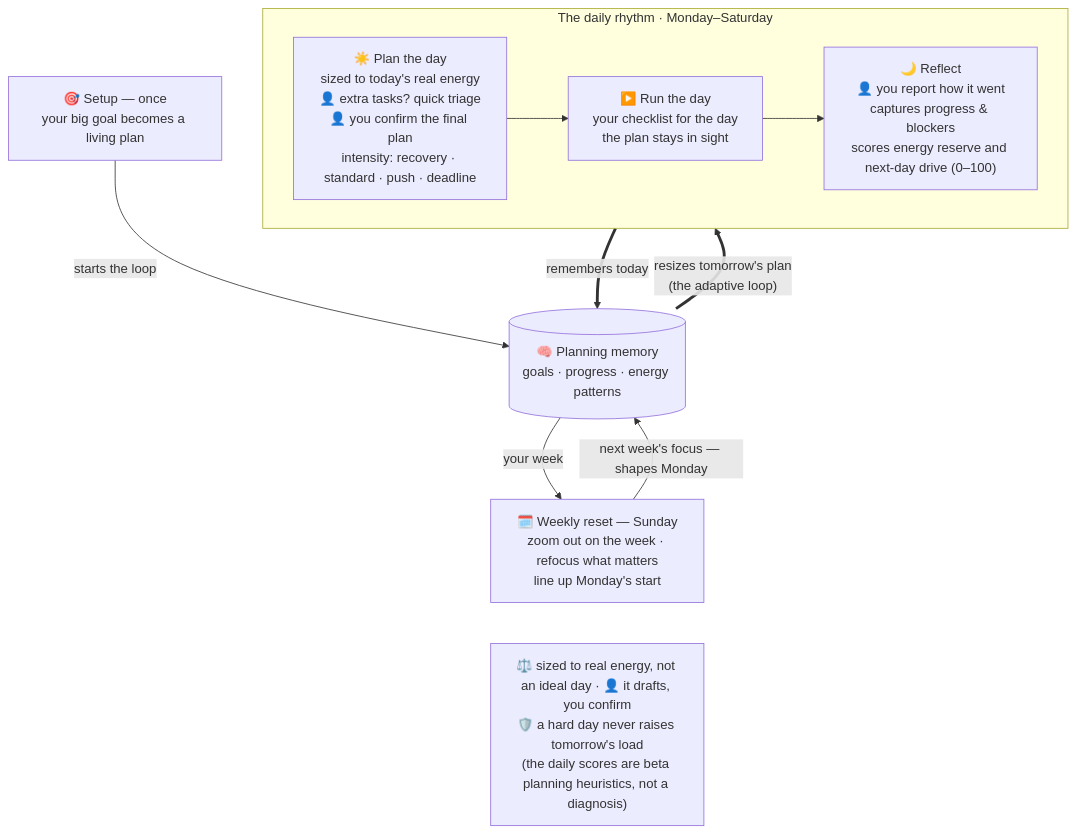
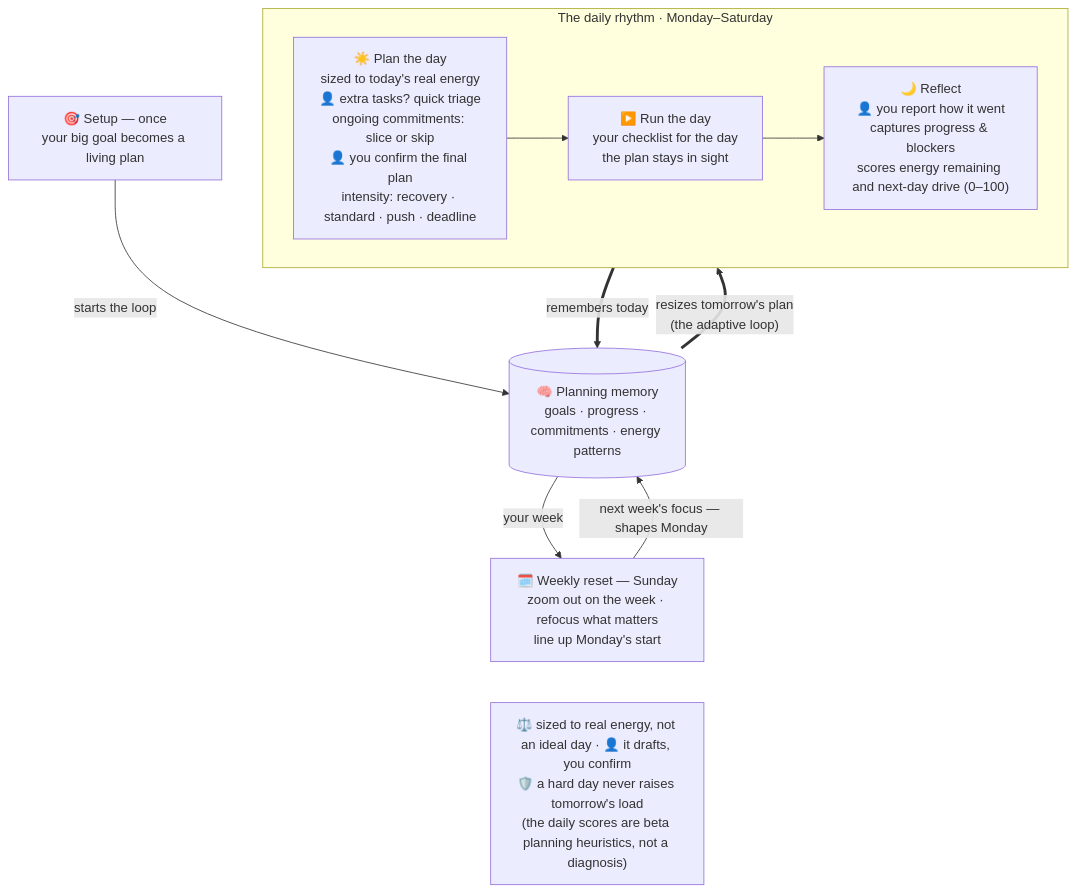
One commit to wkqian06/LifeEnergyManager changed the diagram in REFERENCE.md. Above: the diagram before and after it, drawn with Mermaid. The commit also changed other lines of this file and 18 other files, not shown here.

First line of the commit message:
Rename energy-reserve scoring vocabulary to energy-remaining

````diff
--- a/REFERENCE.md
+++ b/REFERENCE.md
@@ -10,23 +10,23 @@
 ```mermaid
 flowchart TB
     setup["🎯 Setup — once<br/>your big goal becomes a living plan"]
-    memory[("🧠 Planning memory<br/>goals · progress · energy patterns")]
+    memory[("🧠 Planning memory<br/>goals · progress · commitments · energy patterns")]
 
     subgraph daily["The daily rhythm · Monday–Saturday"]
         direction LR
-        plan["☀️ Plan the day<br/>sized to today's real energy<br/>👤 extra tasks? quick triage<br/>👤 you confirm the final plan<br/>intensity: recovery · standard · push · deadline"]
+        plan["☀️ Plan the day<br/>sized to today's real energy<br/>👤 extra tasks? quick triage<br/>ongoing commitments: slice or skip<br/>👤 you confirm the final plan<br/>intensity: recovery · standard · push · deadline"]
         run["▶️ Run the day<br/>your checklist for the day<br/>the plan stays in sight"]
-        reflect["🌙 Reflect<br/>👤 you report how it went<br/>captures progress &amp; blockers<br/>scores energy reserve and next-day drive (0–100)"]
+        reflect["🌙 Reflect<br/>👤 you report how it went<br/>captures progress &amp; blockers<br/>scores energy remaining and next-day drive (0–100)"]
         plan --> run --> reflect
     end
 
     weekly["🗓️ Weekly reset — Sunday<br/>zoom out on the week · refocus what matters<br/>line up Monday's start"]
     principles["⚖️ sized to real energy, not an ideal day · 👤 it drafts, you confirm<br/>🛡️ a hard day never raises tomorrow's load<br/>(the daily scores are beta planning heuristics, not a diagnosis)"]
 
     setup -->|starts the loop| memory
     reflect ==>|remembers today| memory
     memory ==>|"resizes tomorrow's plan<br/>(the adaptive loop)"| plan
     memory -->|your week| weekly
     weekly -->|next week's focus — shapes Monday| memory
     weekly ~~~ principles
 ```
````
